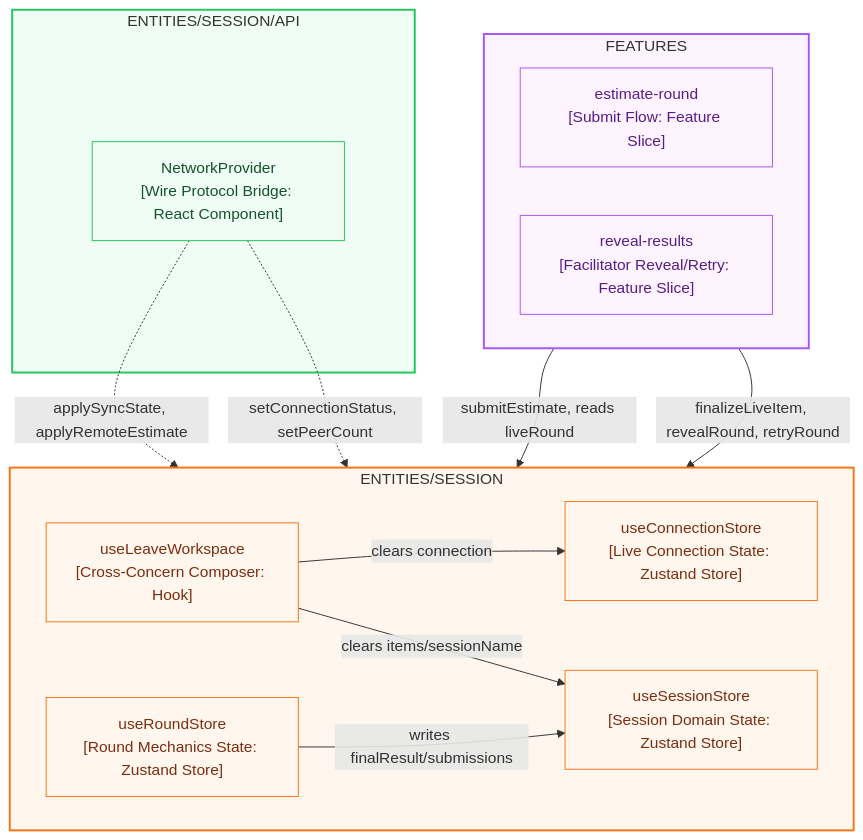
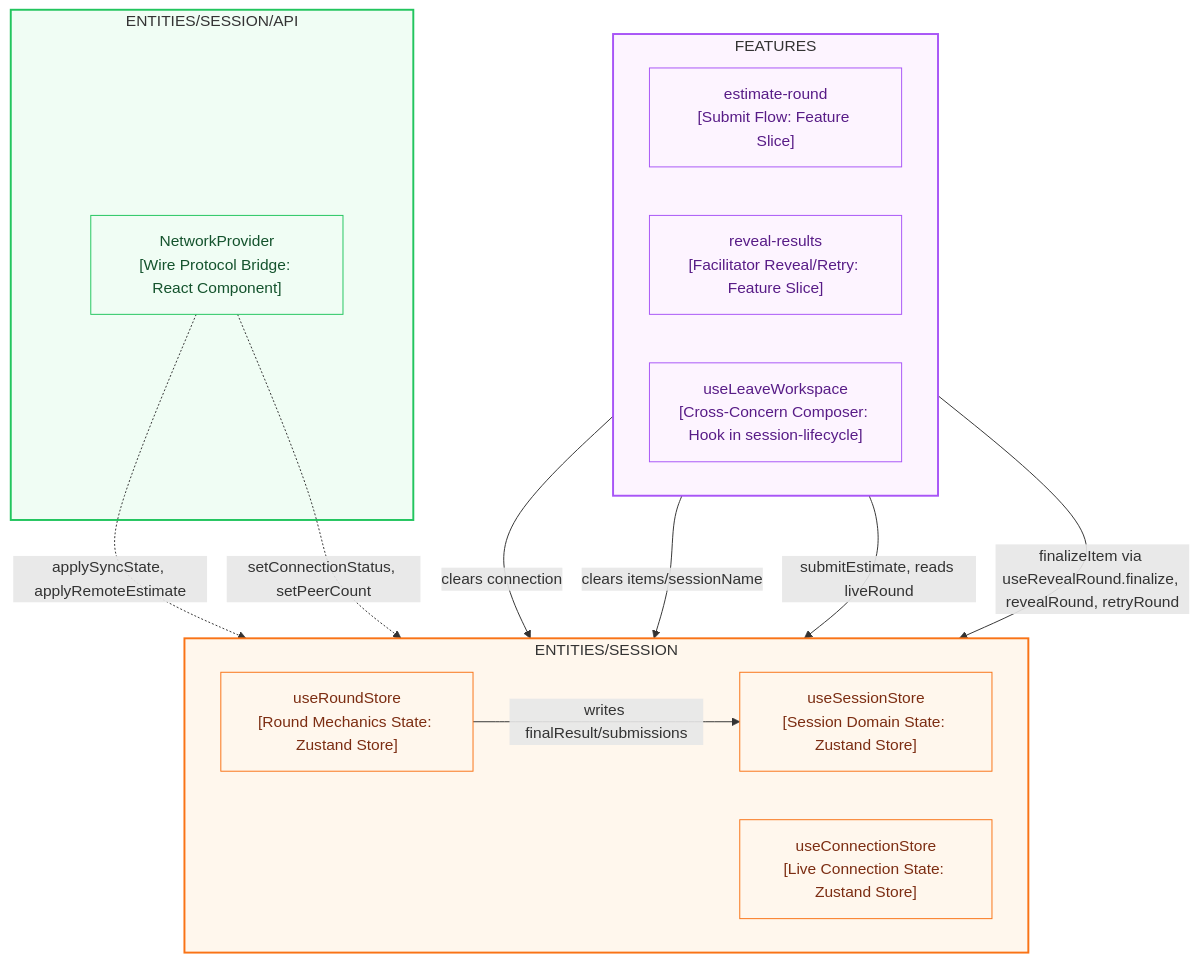
The second of 3 diagrams in docs/adr/005-session-store-decomposition.md (cfisch3r/estimate), drawn with Mermaid before and after one commit. The commit also changed other lines of this file and 181 other files, not shown here.

Commit message:
refactor: apply architecture review findings (#147)

````diff
--- a/docs/adr/005-session-store-decomposition.md
+++ b/docs/adr/005-session-store-decomposition.md
@@ -154,40 +156,40 @@
 ```mermaid
 flowchart TB
   subgraph FEATURES["FEATURES"]
     direction LR
     EstimateRound["estimate-round<br/>[Submit Flow: Feature Slice]"]
     RevealResults["reveal-results<br/>[Facilitator Reveal/Retry: Feature Slice]"]
+    LeaveWorkspace["useLeaveWorkspace<br/>[Cross-Concern Composer: Hook in session-lifecycle]"]
   end
 
   subgraph SESSION["ENTITIES/SESSION"]
     direction LR
     SessionStore["useSessionStore<br/>[Session Domain State: Zustand Store]"]
     ConnStore["useConnectionStore<br/>[Live Connection State: Zustand Store]"]
     RoundStore["useRoundStore<br/>[Round Mechanics State: Zustand Store]"]
-    LeaveWorkspace["useLeaveWorkspace<br/>[Cross-Concern Composer: Hook]"]
   end
 
   subgraph NET["ENTITIES/SESSION/API"]
     NetworkProvider["NetworkProvider<br/>[Wire Protocol Bridge: React Component]"]
   end
 
   LeaveWorkspace -->|clears connection| ConnStore
   LeaveWorkspace -->|clears items/sessionName| SessionStore
 
   EstimateRound -->|submitEstimate, reads liveRound| RoundStore
-  RevealResults -->|finalizeLiveItem, revealRound, retryRound| RoundStore
+  RevealResults -->|finalizeItem via useRevealRound.finalize, revealRound, retryRound| RoundStore
   RoundStore -->|writes finalResult/submissions| SessionStore
 
   NetworkProvider -.->|applySyncState, applyRemoteEstimate| RoundStore
   NetworkProvider -.->|setConnectionStatus, setPeerCount| ConnStore
 
   classDef features fill:#fdf4ff,stroke:#a855f7,color:#581c87
   classDef session fill:#fff7ed,stroke:#f97316,color:#7c2d12
   classDef net fill:#f0fdf4,stroke:#22c55e,color:#14532d
-  class EstimateRound,RevealResults features
-  class SessionStore,ConnStore,RoundStore,LeaveWorkspace session
+  class EstimateRound,RevealResults,LeaveWorkspace features
+  class SessionStore,ConnStore,RoundStore session
   class NetworkProvider net
   style FEATURES fill:#fdf4ff,stroke:#a855f7,stroke-width:2px
   style SESSION fill:#fff7ed,stroke:#f97316,stroke-width:2px
   style NET fill:#f0fdf4,stroke:#22c55e,stroke-width:2px
 ```
````
